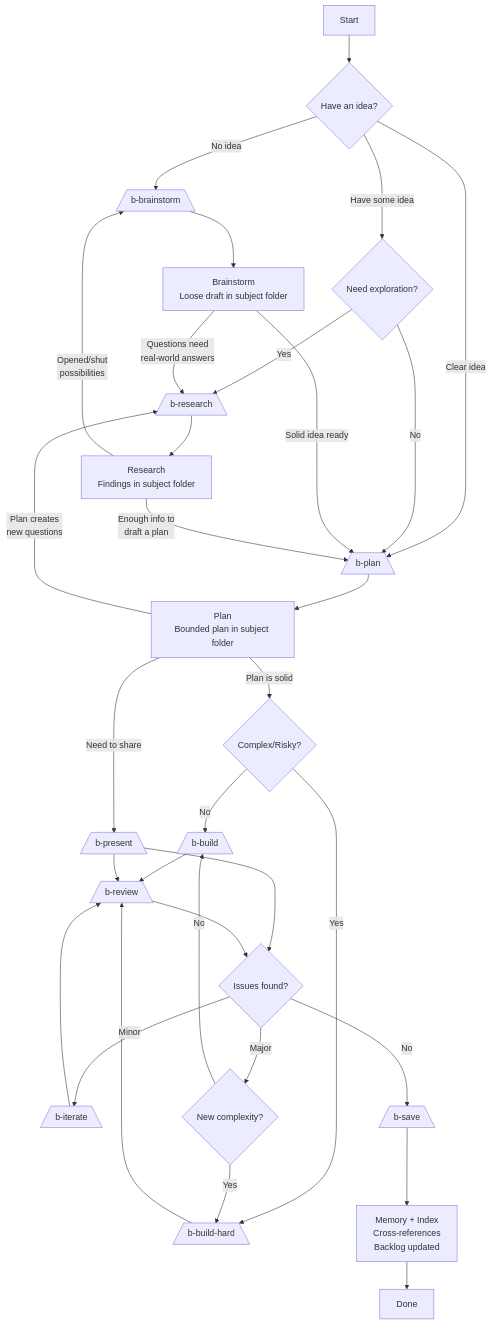
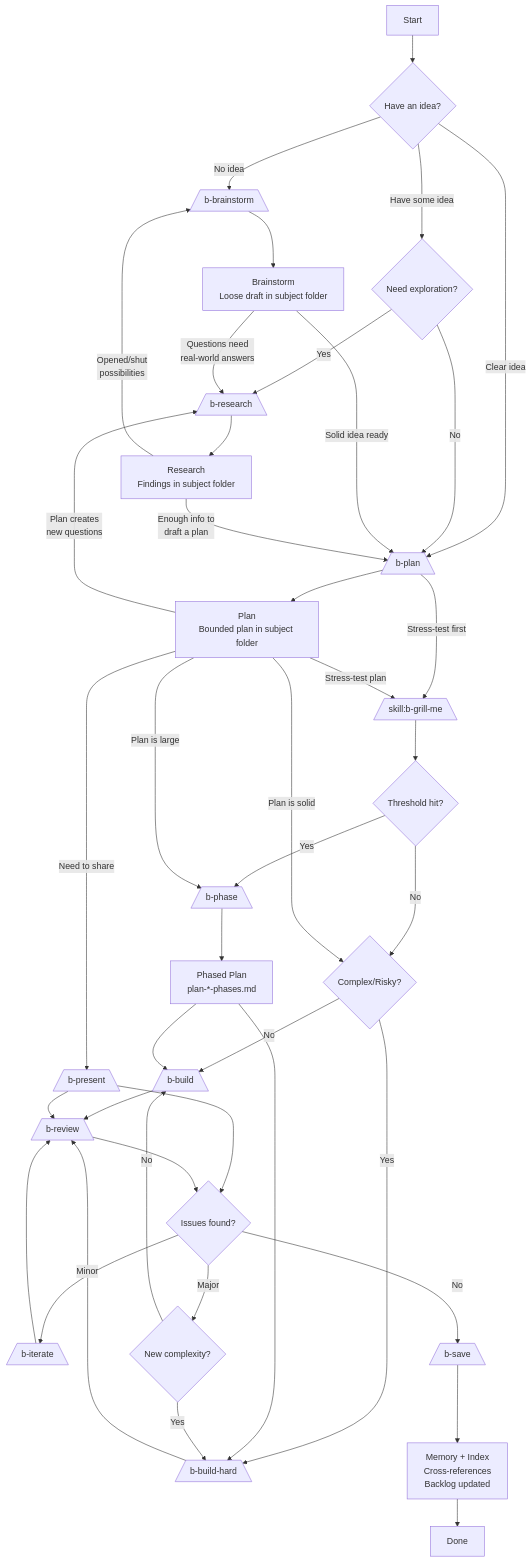
The first of 3 diagrams in docs/buck-workflow.md (evilbuck/buck-workflow-pi), drawn with Mermaid before and after one commit. The commit also changed other lines of this file and 15 other files, not shown here.

First line of the commit message:
feat(buck-workflow): add phased plan model hints and auto-switch

````diff
--- a/docs/buck-workflow.md
+++ b/docs/buck-workflow.md
@@ -41,48 +41,60 @@
 ```mermaid
 flowchart TD
     A[Start] --> B{Have an idea?}
     B -->|No idea| C[/b-brainstorm\]
     B -->|Have some idea| D{Need exploration?}
     B -->|Clear idea| E[/b-plan\]
     
     C --> F[Brainstorm<br/>Loose draft in subject folder]
     
     D -->|Yes| G[/b-research\]
     D -->|No| E
     
     G --> H[Research<br/>Findings in subject folder]
     
     E --> I[Plan<br/>Bounded plan in subject folder]
-    
+
+    %% Grill sessions can happen before or after planning
+    E -->|Stress-test first| G2[/skill:b-grill-me\]
+    I -->|Stress-test plan| G2
+    G2 --> G3{Threshold hit?}
+    G3 -->|Yes| X
+    G3 -->|No| J
+
     %% Iterative loops between brainstorm/research/plan
     F -->|Questions need<br/>real-world answers| G
     F -->|Solid idea ready| E
     
     I -->|Plan creates<br/>new questions| G
     
     H -->|Enough info to<br/>draft a plan| E
     H -->|Opened/shut<br/>possibilities| C
     
     I -->|Plan is solid| J{Complex/Risky?}
     J -->|No| K[/b-build\]
     J -->|Yes| L[/b-build-hard\]
     I -->|Need to share| M[/b-present\]
+    I -->|Plan is large| X[/b-phase\]
+
+    X --> Y[Phased Plan<br/>plan-*-phases.md]
+    Y --> K
+    Y --> L
 
     K --> N[Implementation]
     L --> N
     M --> O[HTML Presentation]
     
     M --> N[/b-review\]
     N --> O{Issues found?}
     
     O -->|Minor| P[/b-iterate\]
     O -->|Major| Q{New complexity?}
     Q -->|No| K
     Q -->|Yes| L
     
     P --> N
     O -->|No| R[/b-save\]
     
     R --> S[Memory + Index<br/>Cross-references<br/>Backlog updated]
     S --> T[Done]
 ```
````
